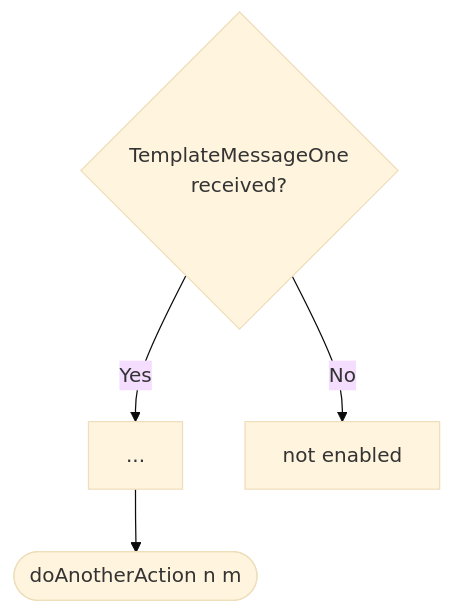
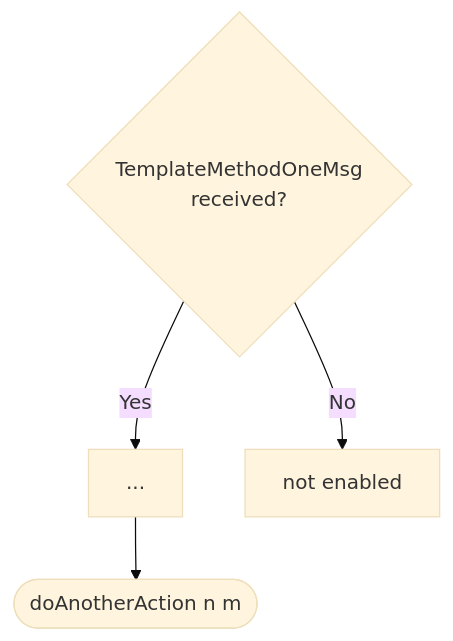
Before and after one commit to anoma/nspec: the diagram in docs/arch/node/engines/template_behaviour.juvix.md, drawn with Mermaid (base theme). The commit also changed other lines of this file and 5 other files, not shown here.

````diff
--- a/docs/arch/node/engines/template_behaviour.juvix.md
+++ b/docs/arch/node/engines/template_behaviour.juvix.md
@@ -317,7 +309,7 @@
 ```mermaid
 flowchart TD
-    C{TemplateMessageOne<br>received?}
+    C{TemplateMethodOneMsg<br>received?}
     C -->|Yes| D[...]
     C -->|No| E[not enabled]
     D --> F([doAnotherAction n m])
 ```
````
